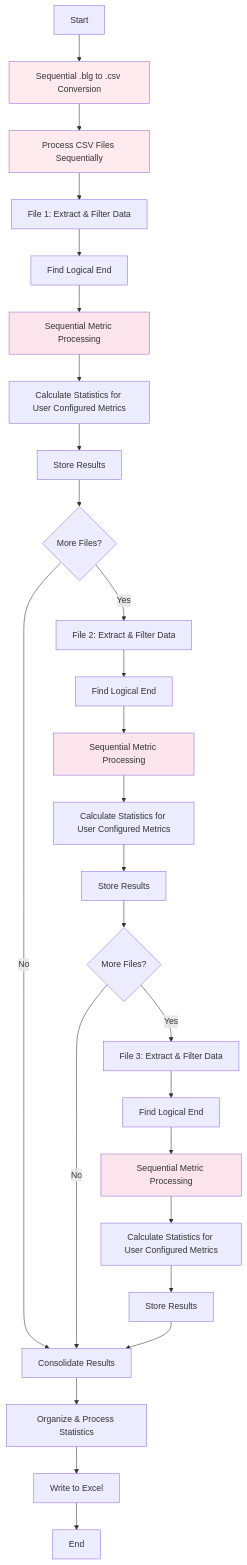
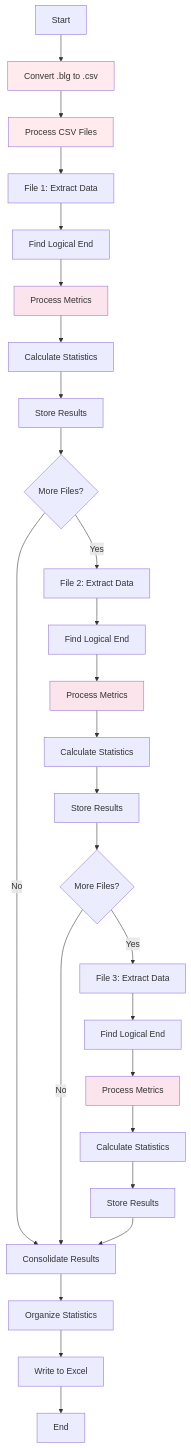
One commit to Mahesh-MSFT/perfmon-analysis changed the first of 3 diagrams in README.md. Above: the diagram before and after it, drawn with Mermaid. The commit also changed other lines of this file, not shown here.

Commit message:
refactor: Simplify flowchart labels for clarity in processing options

````diff
--- a/README.md
+++ b/README.md
@@ -71,39 +71,39 @@
 ```mermaid
 flowchart TD
-    A[Start] --> B[Sequential .blg to .csv Conversion]
-    B --> C[Process CSV Files Sequentially]
+    A[Start] --> B[Convert .blg to .csv]
+    B --> C[Process CSV Files]
     
-    C --> D[File 1: Extract & Filter Data]
+    C --> D[File 1: Extract Data]
     D --> E[Find Logical End]
-    E --> F[Sequential Metric Processing]
-    F --> G[Calculate Statistics for User Configured Metrics]
+    E --> F[Process Metrics]
+    F --> G[Calculate Statistics]
     G --> H1[Store Results]
     
     H1 --> I{More Files?}
-    I -->|Yes| J[File 2: Extract & Filter Data]
+    I -->|Yes| J[File 2: Extract Data]
     I -->|No| L[Consolidate Results]
     
     J --> K[Find Logical End]
-    K --> M[Sequential Metric Processing]
-    M --> N[Calculate Statistics for User Configured Metrics]
+    K --> M[Process Metrics]
+    M --> N[Calculate Statistics]
     N --> O[Store Results]
     O --> P{More Files?}
-    P -->|Yes| Q[File 3: Extract & Filter Data]
+    P -->|Yes| Q[File 3: Extract Data]
     P -->|No| L
     
     Q --> R[Find Logical End]
-    R --> S[Sequential Metric Processing]
-    S --> T[Calculate Statistics for User Configured Metrics]
+    R --> S[Process Metrics]
+    S --> T[Calculate Statistics]
     T --> U[Store Results]
     U --> L
     
-    L --> V[Organize & Process Statistics]
+    L --> V[Organize Statistics]
     V --> W[Write to Excel]
     W --> X[End]
     
     style B fill:#ffebee
     style C fill:#ffebee
     style F fill:#fce4ec
     style M fill:#fce4ec
     style S fill:#fce4ec
 ```
````
